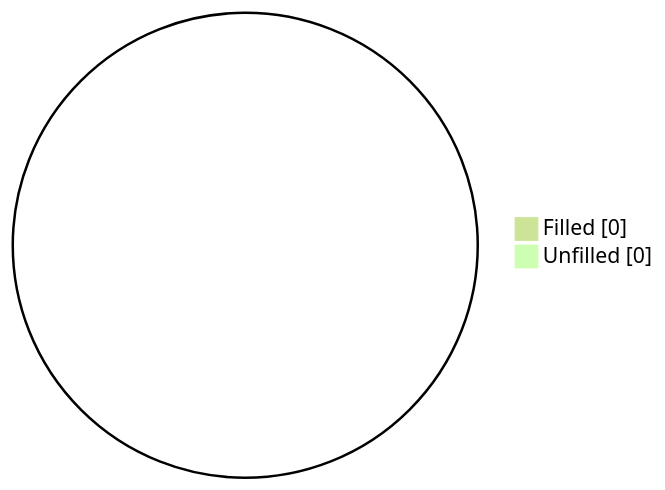
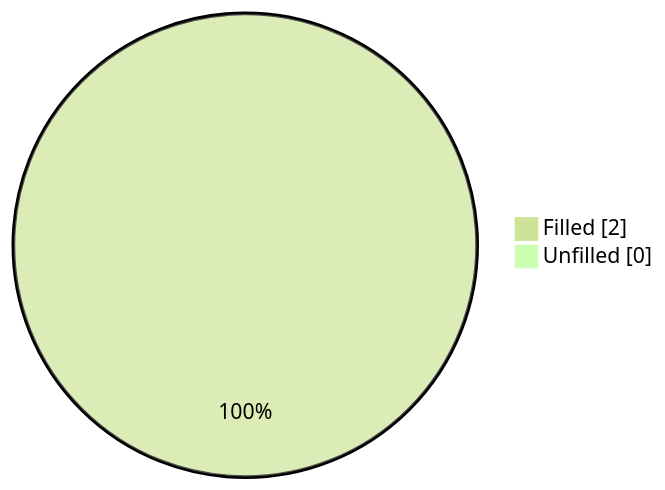
One commit to Chieko-Y/my-spec-generator changed the first of 2 diagrams in workspace/subaru/outback-2025/ivi/published/quick-guide/README.md. Above: the diagram before and after it, drawn with Mermaid (forest theme). The commit also changed other lines of this file and 242 other files, not shown here.

````diff
--- a/workspace/subaru/outback-2025/ivi/published/quick-guide/README.md
+++ b/workspace/subaru/outback-2025/ivi/published/quick-guide/README.md
@@ -22,5 +22,5 @@
 ```mermaid
 pie showData
-    "Filled" : 0
+    "Filled" : 2
     "Unfilled" : 0
 ```
````
